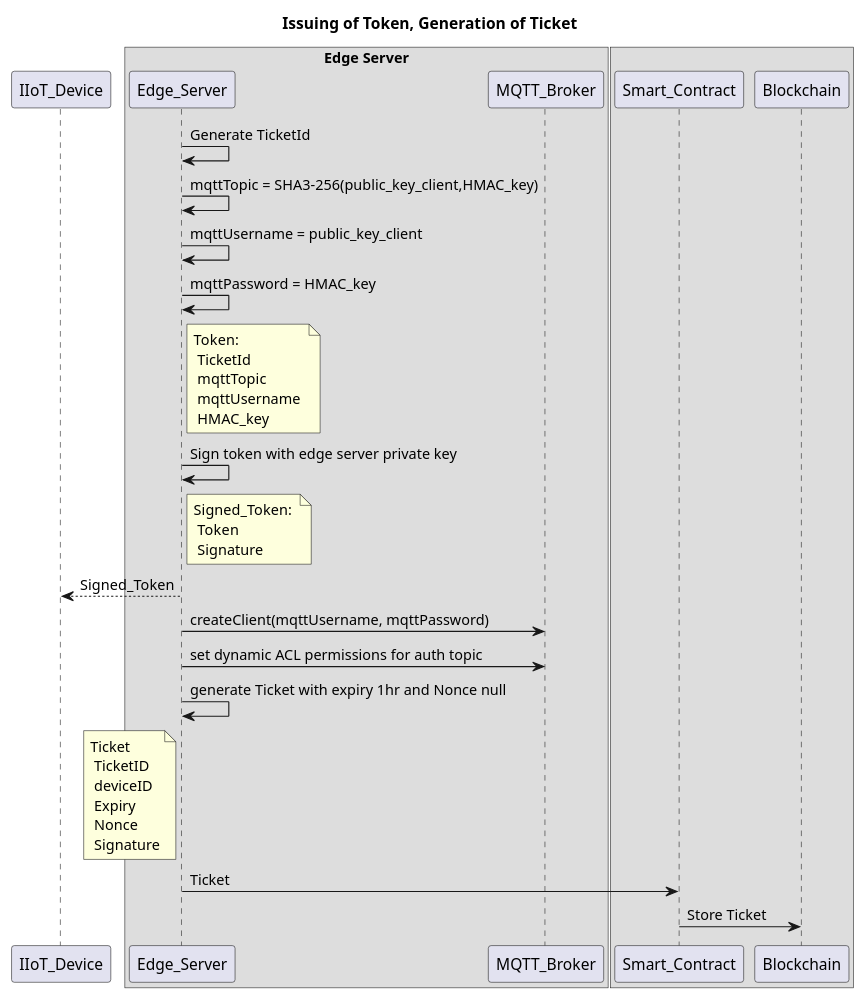
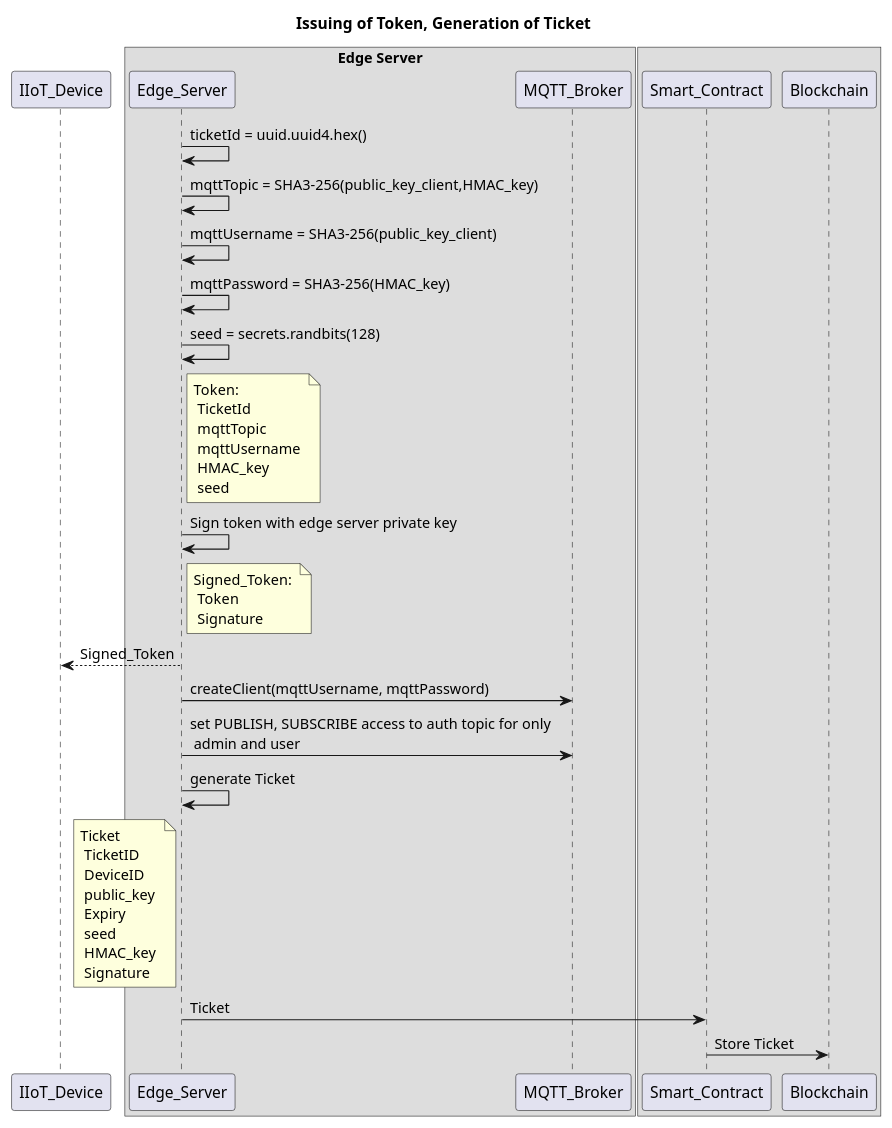
The diagram in docs/code/issuing_token.plantuml (0ax-christin/mqtt-topic-auth), drawn with PlantUML before and after one commit. The commit also changed 2 other files, not shown here.

Commit message:
Added PlantUML source code that generate the diagrams

```diff
--- a/docs/code/issuing_token.plantuml
+++ b/docs/code/issuing_token.plantuml
@@ -1,29 +1,30 @@
 @startuml
 title Issuing of Token, Generation of Ticket
 participant IIoT_Device
 box "Edge Server"
 participant Edge_Server
 participant MQTT_Broker
 end box
 box 
 participant Smart_Contract
 participant Blockchain
 end box
 
-Edge_Server -> Edge_Server: Generate TicketId
+Edge_Server -> Edge_Server: ticketId = uuid.uuid4.hex()
 Edge_Server -> Edge_Server: mqttTopic = SHA3-256(public_key_client,HMAC_key)
-Edge_Server -> Edge_Server: mqttUsername = public_key_client
-Edge_Server -> Edge_Server: mqttPassword = HMAC_key
-note right of Edge_Server: Token: \n TicketId \n mqttTopic \n mqttUsername \n HMAC_key
+Edge_Server -> Edge_Server: mqttUsername = SHA3-256(public_key_client)
+Edge_Server -> Edge_Server: mqttPassword = SHA3-256(HMAC_key)
+Edge_Server -> Edge_Server: seed = secrets.randbits(128)
+note right of Edge_Server: Token: \n TicketId \n mqttTopic \n mqttUsername \n HMAC_key \n seed
 Edge_Server -> Edge_Server: Sign token with edge server private key
 note right of Edge_Server: Signed_Token: \n Token \n Signature
 IIoT_Device <-- Edge_Server: Signed_Token
 Edge_Server -> MQTT_Broker: createClient(mqttUsername, mqttPassword)
-Edge_Server -> MQTT_Broker: set dynamic ACL permissions for auth topic
+Edge_Server -> MQTT_Broker: set PUBLISH, SUBSCRIBE access to auth topic for only \n admin and user
 
 
-Edge_Server -> Edge_Server: generate Ticket with expiry 1hr and Nonce null
-note left of Edge_Server: Ticket \n TicketID \n deviceID \n Expiry \n Nonce \n Signature
+Edge_Server -> Edge_Server: generate Ticket
+note left of Edge_Server: Ticket \n TicketID \n DeviceID \n public_key \n Expiry \n seed \n HMAC_key \n Signature
 Edge_Server -> Smart_Contract: Ticket
 Smart_Contract -> Blockchain: Store Ticket
 @enduml
```
